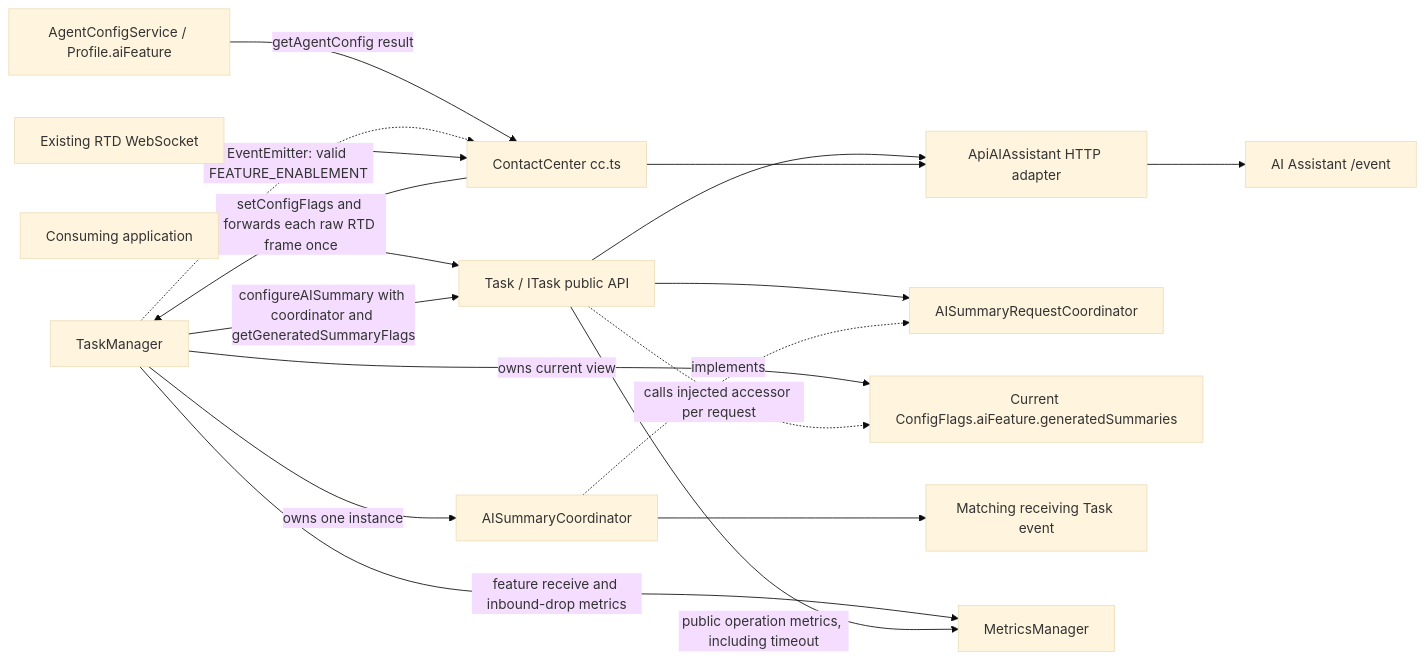
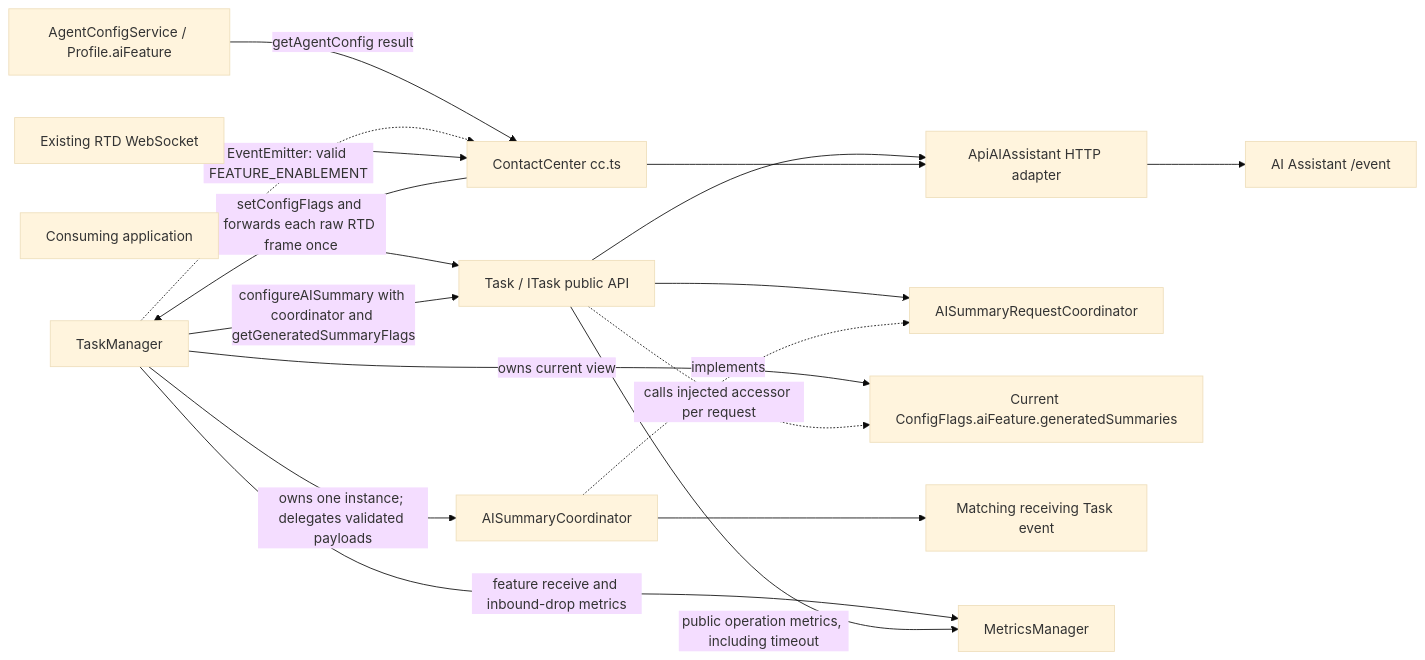
Before and after one commit to webex/webex-js-sdk: the first of 3 diagrams in design/default/design_spec.md, drawn with Mermaid (base theme). The commit also changed other lines of this file and 1 other file, not shown here.

````diff
--- a/design/default/design_spec.md
+++ b/design/default/design_spec.md
@@ -165,20 +165,20 @@
 ```mermaid
 flowchart LR
   Consumer[Consuming application] --> Task[Task / ITask public API]
   Task --> API[ApiAIAssistant HTTP adapter]
   Task --> Coordinator[AISummaryRequestCoordinator]
   ASC[AISummaryCoordinator] -. implements .-> Coordinator
-  TM[TaskManager] -->|owns one instance| ASC
+  TM[TaskManager] -->|owns one instance; delegates validated payloads| ASC
   Config[AgentConfigService / Profile.aiFeature] -->|getAgentConfig result| CC[ContactCenter cc.ts]
   CC -->|setConfigFlags and forwards each raw RTD frame once| TM
   TM -.->|EventEmitter: valid FEATURE_ENABLEMENT| CC
   TM -->|owns current view| OrgFlags[Current ConfigFlags.aiFeature.generatedSummaries]
   TM -->|configureAISummary with coordinator and getGeneratedSummaryFlags| Task
   Task -.->|calls injected accessor per request| OrgFlags
   CC --> API
   RTD[Existing RTD WebSocket] --> CC
   ASC --> Receiver[Matching receiving Task event]
   API --> Backend[AI Assistant /event]
   TM -->|feature receive and inbound-drop metrics| Metrics[MetricsManager]
   Task -->|public operation metrics, including timeout| Metrics
 ```
````
